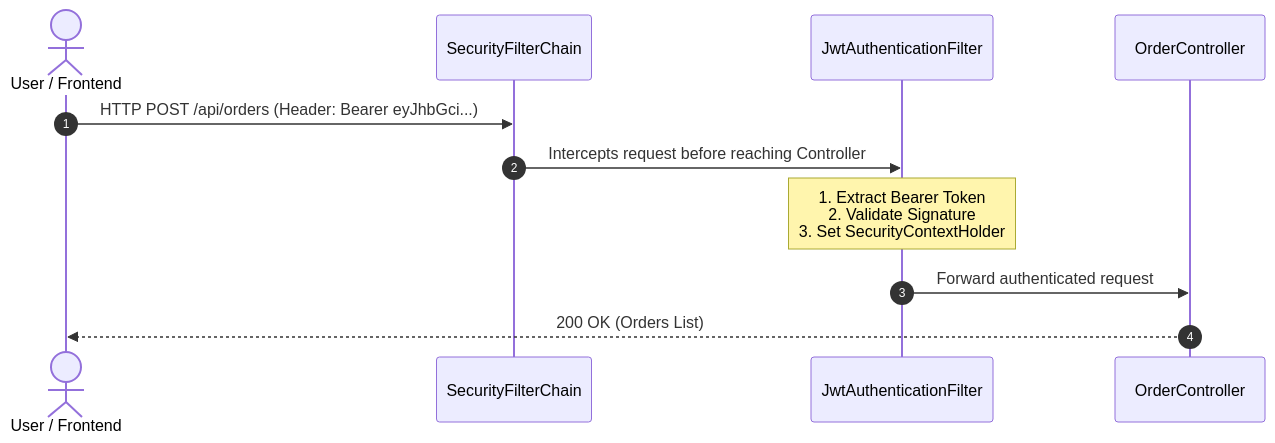
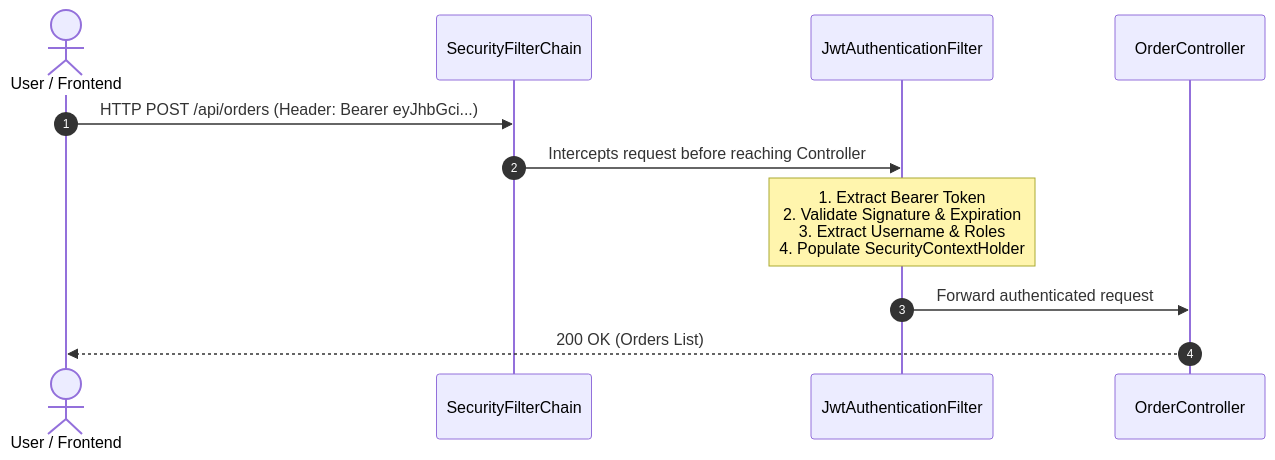
Before and after one commit to rohithgowda18/Notes: diagram 18 of 23 in 06-Java-and-Spring-Boot/Spring Boot Interview Guide.md, drawn with Mermaid. The commit also changed other lines of this file, not shown here.

````diff
--- a/06-Java-and-Spring-Boot/Spring Boot Interview Guide.md
+++ b/06-Java-and-Spring-Boot/Spring Boot Interview Guide.md
@@ -1045,14 +1037,14 @@
 ```mermaid
 sequenceDiagram
     autonumber
     actor Client as User / Frontend
     participant Security as SecurityFilterChain
     participant AuthFilter as JwtAuthenticationFilter
     participant Controller as OrderController
 
     Client->>Security: HTTP POST /api/orders (Header: Bearer eyJhbGci...)
     Security->>AuthFilter: Intercepts request before reaching Controller
-    Note over AuthFilter: 1. Extract Bearer Token<br/>2. Validate Signature<br/>3. Set SecurityContextHolder
+    Note over AuthFilter: 1. Extract Bearer Token<br/>2. Validate Signature & Expiration<br/>3. Extract Username & Roles<br/>4. Populate SecurityContextHolder
     AuthFilter->>Controller: Forward authenticated request
     Controller-->>Client: 200 OK (Orders List)
 ```
````
